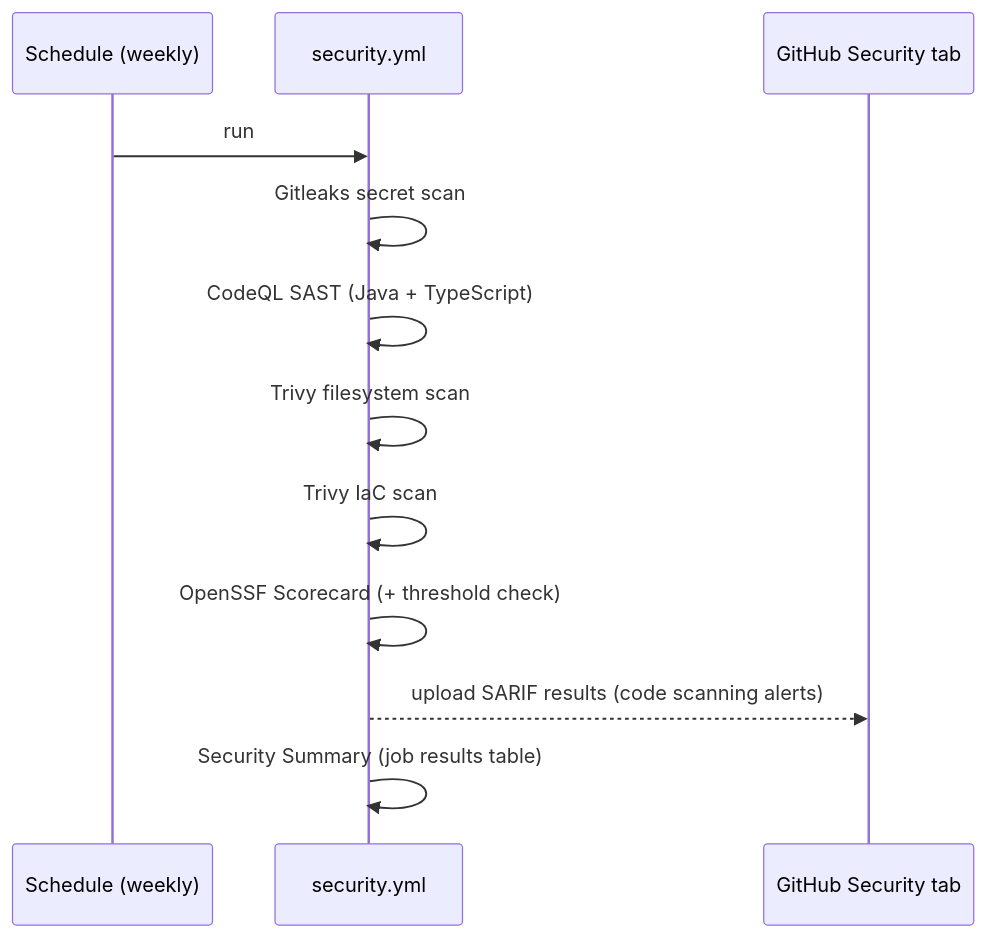
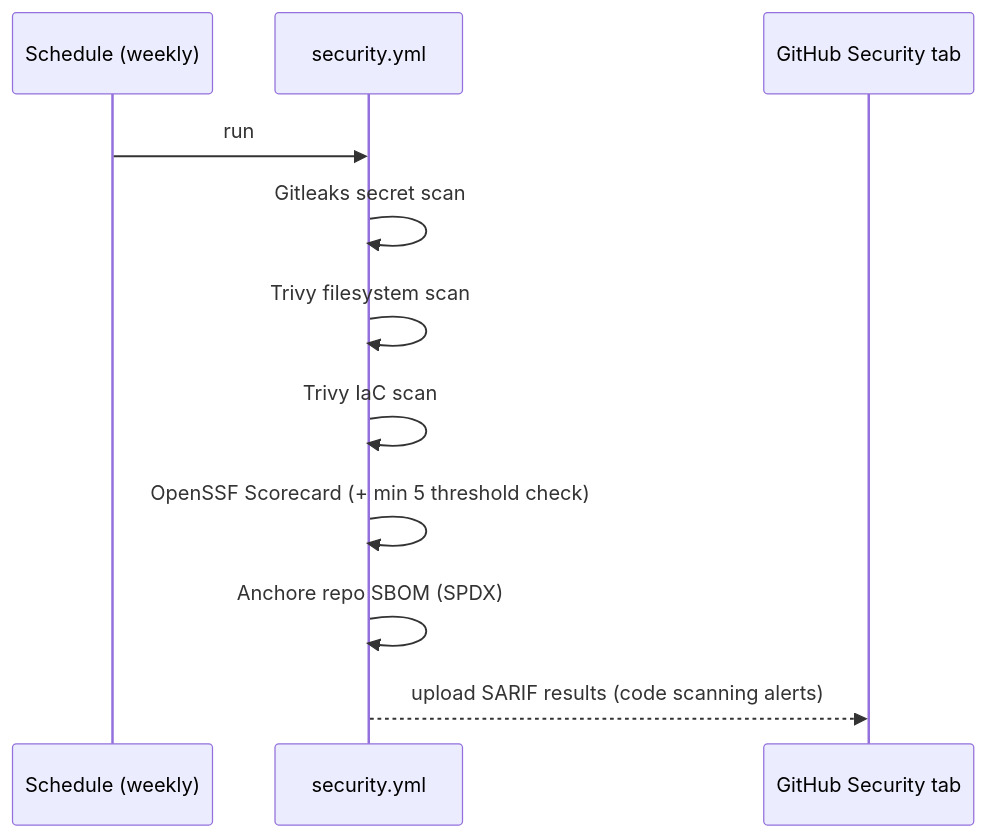
One commit to AlexAlvarezGallardo-GitHub/Aegis changed the second of 2 diagrams in docs/obsidian/05 - Infrastructure/Security & Supply Chain.md. Above: the diagram before and after it, drawn with Mermaid. The commit also changed other lines of this file and 87 other files, not shown here.

````diff
--- a/docs/obsidian/05 - Infrastructure/Security & Supply Chain.md
+++ b/docs/obsidian/05 - Infrastructure/Security & Supply Chain.md
@@ -57,15 +59,14 @@
 ```mermaid
 sequenceDiagram
     participant S as Schedule (weekly)
     participant G as security.yml
     participant T as GitHub Security tab
 
     S->>G: run
     G->>G: Gitleaks secret scan
-    G->>G: CodeQL SAST (Java + TypeScript)
     G->>G: Trivy filesystem scan
     G->>G: Trivy IaC scan
-    G->>G: OpenSSF Scorecard (+ threshold check)
+    G->>G: OpenSSF Scorecard (+ min 5 threshold check)
+    G->>G: Anchore repo SBOM (SPDX)
     G-->>T: upload SARIF results (code scanning alerts)
-    G->>G: Security Summary (job results table)
 ```
````
